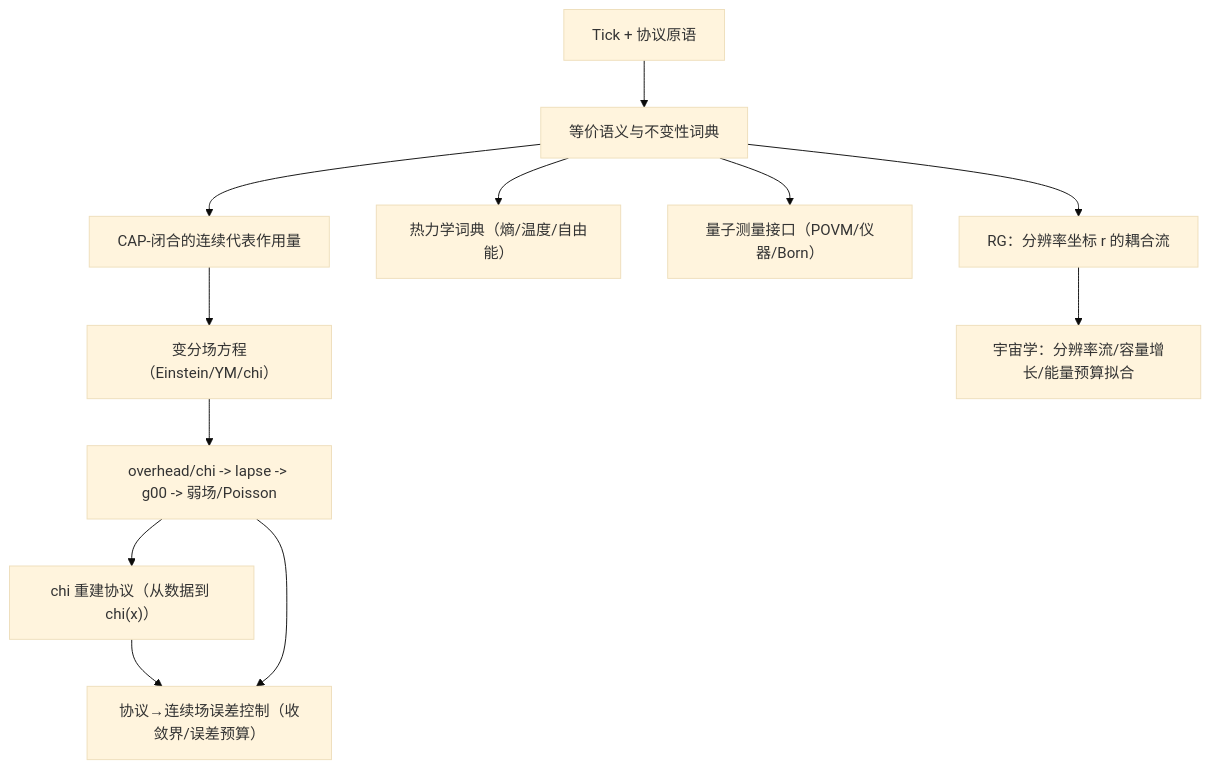
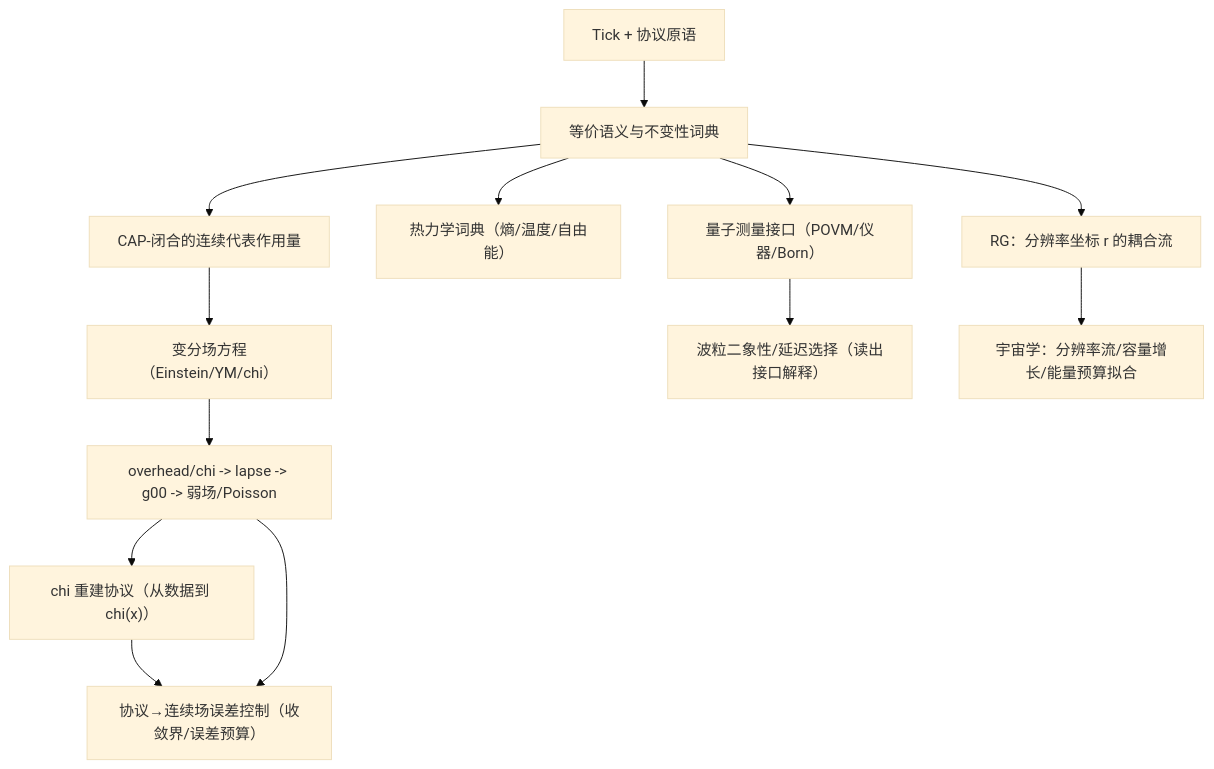
The diagram in docs/papers/2025_z128_standard_model_stable_sector_hpa_omega/theory_closure_tracker.md (loning/the-omega), drawn with Mermaid (base theme) before and after one commit. The commit also changed other lines of this file and 6 other files, not shown here.

````diff
--- a/docs/papers/2025_z128_standard_model_stable_sector_hpa_omega/theory_closure_tracker.md
+++ b/docs/papers/2025_z128_standard_model_stable_sector_hpa_omega/theory_closure_tracker.md
@@ -43,14 +43,15 @@
 ```mermaid
 flowchart TD
   A["Tick + 协议原语"] --> B["等价语义与不变性词典"]
   B --> C["CAP-闭合的连续代表作用量"]
   C --> D["变分场方程（Einstein/YM/chi）"]
   B --> E["热力学词典（熵/温度/自由能）"]
   D --> F["overhead/chi -> lapse -> g00 -> 弱场/Poisson"]
   F --> G["chi 重建协议（从数据到 chi(x)）"]
   G --> K["协议→连续场误差控制（收敛界/误差预算）"]
   F --> K
   B --> H["量子测量接口（POVM/仪器/Born）"]
+  H --> H2["波粒二象性/延迟选择（读出接口解释）"]
   B --> I["RG：分辨率坐标 r 的耦合流"]
   I --> J["宇宙学：分辨率流/容量增长/能量预算拟合"]
 ```
````
